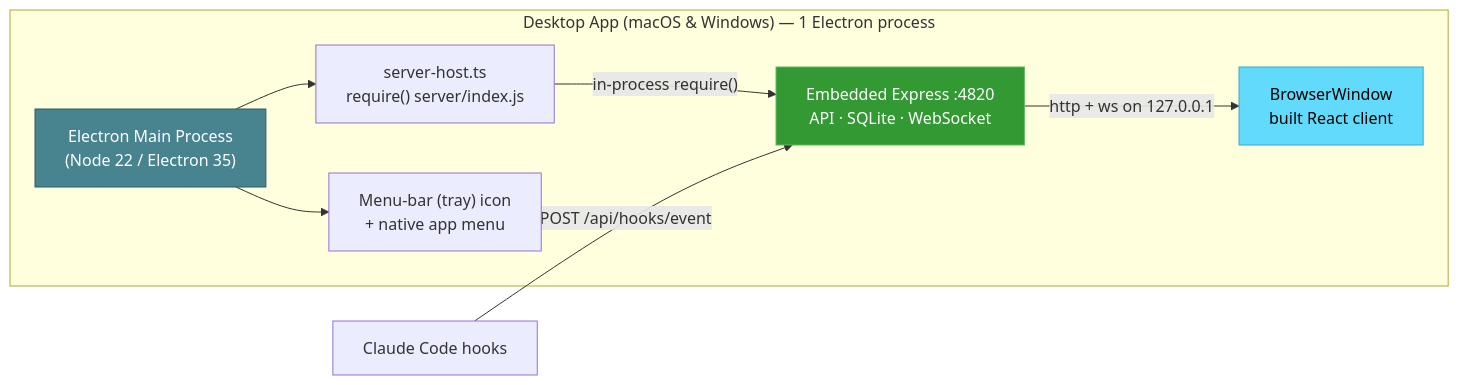
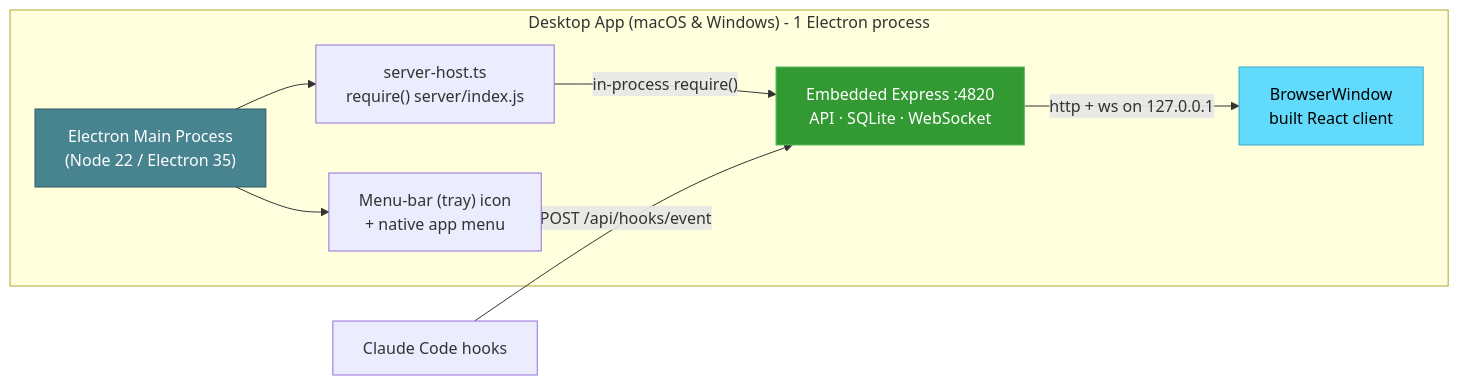
Diagram 22 of 23 in README.md (MrZarrar/Jarvis-Sub-Agent-Dashboard), drawn with Mermaid before and after one commit. The commit also changed other lines of this file and 382 other files, not shown here.

````diff
--- a/README.md
+++ b/README.md
@@ -1942,20 +1954,20 @@
 ```mermaid
 flowchart LR
-    subgraph desktop["Desktop App (macOS & Windows) — 1 Electron process"]
+    subgraph desktop["Desktop App (macOS & Windows) - 1 Electron process"]
         E_MAIN["Electron Main Process<br/>(Node 22 / Electron 35)"]
         E_HOST["server-host.ts<br/>require() server/index.js"]
         E_SRV["Embedded Express :4820<br/>API · SQLite · WebSocket"]
         E_WIN["BrowserWindow<br/>built React client"]
         E_TRAY["Menu-bar (tray) icon<br/>+ native app menu"]
         E_MAIN --> E_HOST
         E_HOST -->|"in-process require()"| E_SRV
         E_MAIN --> E_TRAY
         E_SRV -->|"http + ws on 127.0.0.1"| E_WIN
     end
 
     E_HOOKS["Claude Code hooks"] -->|"POST /api/hooks/event"| E_SRV
 
     style E_MAIN fill:#47848F,stroke:#2f5a62,color:#fff
     style E_SRV fill:#339933,stroke:#5cb85c,color:#fff
     style E_WIN fill:#61DAFB,stroke:#3aa9c9,color:#000
 ```
````
